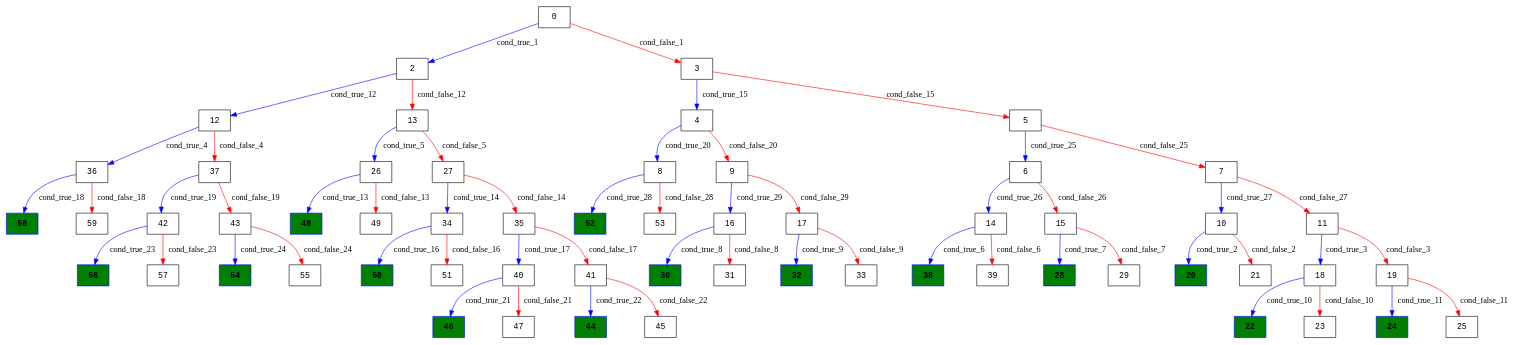
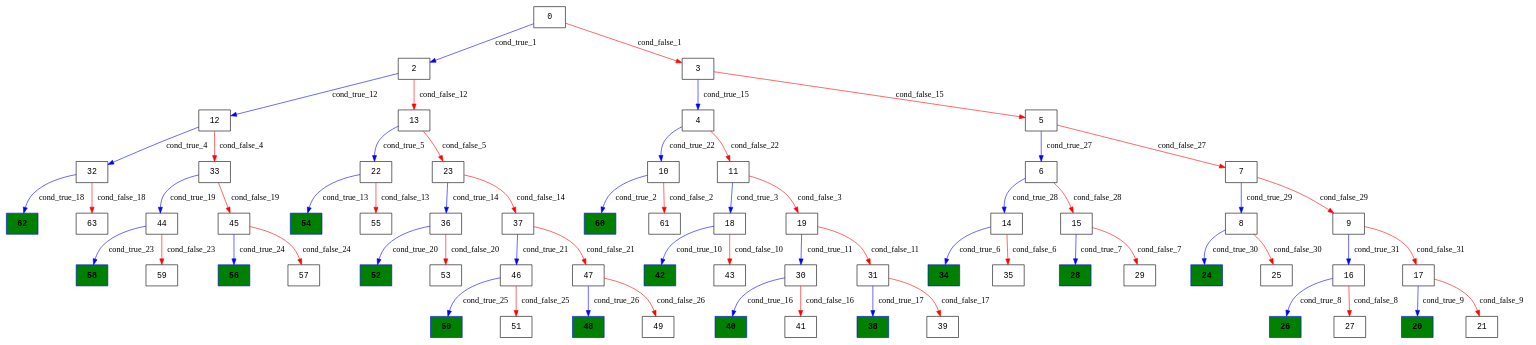
Before and after one commit to Research-Tools-PAVT/PSE-Program-Examples: the diagram in klee_results/monotone_binary_int_all_processed/monotone_binary_int_all_execution_tree.dot, drawn with Graphviz. The commit also changed 324 other files, not shown here.

```diff
--- a/klee_results/monotone_binary_int_all_processed/monotone_binary_int_all_execution_tree.dot
+++ b/klee_results/monotone_binary_int_all_processed/monotone_binary_int_all_execution_tree.dot
@@ -1,76 +1,81 @@
 digraph ExecutionTree {
 	node [color=black fontname=Courier height=.5 shape=record]
+	62 [color=blue, fillcolor=green, style=filled, fontcolor=black, fontname="Courier-Bold"]
+	60 [color=blue, fillcolor=green, style=filled, fontcolor=black, fontname="Courier-Bold"]
 	58 [color=blue, fillcolor=green, style=filled, fontcolor=black, fontname="Courier-Bold"]
 	56 [color=blue, fillcolor=green, style=filled, fontcolor=black, fontname="Courier-Bold"]
 	54 [color=blue, fillcolor=green, style=filled, fontcolor=black, fontname="Courier-Bold"]
 	52 [color=blue, fillcolor=green, style=filled, fontcolor=black, fontname="Courier-Bold"]
 	50 [color=blue, fillcolor=green, style=filled, fontcolor=black, fontname="Courier-Bold"]
 	48 [color=blue, fillcolor=green, style=filled, fontcolor=black, fontname="Courier-Bold"]
-	46 [color=blue, fillcolor=green, style=filled, fontcolor=black, fontname="Courier-Bold"]
-	44 [color=blue, fillcolor=green, style=filled, fontcolor=black, fontname="Courier-Bold"]
+	42 [color=blue, fillcolor=green, style=filled, fontcolor=black, fontname="Courier-Bold"]
+	40 [color=blue, fillcolor=green, style=filled, fontcolor=black, fontname="Courier-Bold"]
 	38 [color=blue, fillcolor=green, style=filled, fontcolor=black, fontname="Courier-Bold"]
-	32 [color=blue, fillcolor=green, style=filled, fontcolor=black, fontname="Courier-Bold"]
-	30 [color=blue, fillcolor=green, style=filled, fontcolor=black, fontname="Courier-Bold"]
+	34 [color=blue, fillcolor=green, style=filled, fontcolor=black, fontname="Courier-Bold"]
 	28 [color=blue, fillcolor=green, style=filled, fontcolor=black, fontname="Courier-Bold"]
+	26 [color=blue, fillcolor=green, style=filled, fontcolor=black, fontname="Courier-Bold"]
 	24 [color=blue, fillcolor=green, style=filled, fontcolor=black, fontname="Courier-Bold"]
-	22 [color=blue, fillcolor=green, style=filled, fontcolor=black, fontname="Courier-Bold"]
 	20 [color=blue, fillcolor=green, style=filled, fontcolor=black, fontname="Courier-Bold"]
 	0 -> 2 [label=cond_true_1 color=blue]
 	0 -> 3 [label=cond_false_1 color=red]
 	2 -> 12 [label=cond_true_12 color=blue]
 	2 -> 13 [label=cond_false_12 color=red]
 	3 -> 4 [label=cond_true_15 color=blue]
 	3 -> 5 [label=cond_false_15 color=red]
-	10 -> 20 [label=cond_true_2 color=blue]
-	10 -> 21 [label=cond_false_2 color=red]
+	10 -> 60 [label=cond_true_2 color=blue]
+	10 -> 61 [label=cond_false_2 color=red]
 	11 -> 18 [label=cond_true_3 color=blue]
 	11 -> 19 [label=cond_false_3 color=red]
-	18 -> 22 [label=cond_true_10 color=blue]
-	18 -> 23 [label=cond_false_10 color=red]
-	19 -> 24 [label=cond_true_11 color=blue]
-	19 -> 25 [label=cond_false_11 color=red]
-	12 -> 36 [label=cond_true_4 color=blue]
-	12 -> 37 [label=cond_false_4 color=red]
-	36 -> 58 [label=cond_true_18 color=blue]
-	36 -> 59 [label=cond_false_18 color=red]
-	37 -> 42 [label=cond_true_19 color=blue]
-	37 -> 43 [label=cond_false_19 color=red]
-	13 -> 26 [label=cond_true_5 color=blue]
-	13 -> 27 [label=cond_false_5 color=red]
-	26 -> 48 [label=cond_true_13 color=blue]
-	26 -> 49 [label=cond_false_13 color=red]
-	27 -> 34 [label=cond_true_14 color=blue]
-	27 -> 35 [label=cond_false_14 color=red]
-	14 -> 38 [label=cond_true_6 color=blue]
-	14 -> 39 [label=cond_false_6 color=red]
+	18 -> 42 [label=cond_true_10 color=blue]
+	18 -> 43 [label=cond_false_10 color=red]
+	19 -> 30 [label=cond_true_11 color=blue]
+	19 -> 31 [label=cond_false_11 color=red]
+	12 -> 32 [label=cond_true_4 color=blue]
+	12 -> 33 [label=cond_false_4 color=red]
+	32 -> 62 [label=cond_true_18 color=blue]
+	32 -> 63 [label=cond_false_18 color=red]
+	33 -> 44 [label=cond_true_19 color=blue]
+	33 -> 45 [label=cond_false_19 color=red]
+	13 -> 22 [label=cond_true_5 color=blue]
+	13 -> 23 [label=cond_false_5 color=red]
+	22 -> 54 [label=cond_true_13 color=blue]
+	22 -> 55 [label=cond_false_13 color=red]
+	23 -> 36 [label=cond_true_14 color=blue]
+	23 -> 37 [label=cond_false_14 color=red]
+	14 -> 34 [label=cond_true_6 color=blue]
+	14 -> 35 [label=cond_false_6 color=red]
 	15 -> 28 [label=cond_true_7 color=blue]
 	15 -> 29 [label=cond_false_7 color=red]
-	16 -> 30 [label=cond_true_8 color=blue]
-	16 -> 31 [label=cond_false_8 color=red]
-	17 -> 32 [label=cond_true_9 color=blue]
-	17 -> 33 [label=cond_false_9 color=red]
-	34 -> 50 [label=cond_true_16 color=blue]
-	34 -> 51 [label=cond_false_16 color=red]
-	35 -> 40 [label=cond_true_17 color=blue]
-	35 -> 41 [label=cond_false_17 color=red]
-	4 -> 8 [label=cond_true_20 color=blue]
-	4 -> 9 [label=cond_false_20 color=red]
-	5 -> 6 [label=cond_true_25 color=blue]
-	5 -> 7 [label=cond_false_25 color=red]
-	40 -> 46 [label=cond_true_21 color=blue]
-	40 -> 47 [label=cond_false_21 color=red]
-	41 -> 44 [label=cond_true_22 color=blue]
-	41 -> 45 [label=cond_false_22 color=red]
-	42 -> 56 [label=cond_true_23 color=blue]
-	42 -> 57 [label=cond_false_23 color=red]
-	43 -> 54 [label=cond_true_24 color=blue]
-	43 -> 55 [label=cond_false_24 color=red]
-	8 -> 52 [label=cond_true_28 color=blue]
-	8 -> 53 [label=cond_false_28 color=red]
-	9 -> 16 [label=cond_true_29 color=blue]
-	9 -> 17 [label=cond_false_29 color=red]
-	6 -> 14 [label=cond_true_26 color=blue]
-	6 -> 15 [label=cond_false_26 color=red]
-	7 -> 10 [label=cond_true_27 color=blue]
-	7 -> 11 [label=cond_false_27 color=red]
+	16 -> 26 [label=cond_true_8 color=blue]
+	16 -> 27 [label=cond_false_8 color=red]
+	17 -> 20 [label=cond_true_9 color=blue]
+	17 -> 21 [label=cond_false_9 color=red]
+	30 -> 40 [label=cond_true_16 color=blue]
+	30 -> 41 [label=cond_false_16 color=red]
+	31 -> 38 [label=cond_true_17 color=blue]
+	31 -> 39 [label=cond_false_17 color=red]
+	36 -> 52 [label=cond_true_20 color=blue]
+	36 -> 53 [label=cond_false_20 color=red]
+	37 -> 46 [label=cond_true_21 color=blue]
+	37 -> 47 [label=cond_false_21 color=red]
+	4 -> 10 [label=cond_true_22 color=blue]
+	4 -> 11 [label=cond_false_22 color=red]
+	5 -> 6 [label=cond_true_27 color=blue]
+	5 -> 7 [label=cond_false_27 color=red]
+	44 -> 58 [label=cond_true_23 color=blue]
+	44 -> 59 [label=cond_false_23 color=red]
+	45 -> 56 [label=cond_true_24 color=blue]
+	45 -> 57 [label=cond_false_24 color=red]
+	46 -> 50 [label=cond_true_25 color=blue]
+	46 -> 51 [label=cond_false_25 color=red]
+	47 -> 48 [label=cond_true_26 color=blue]
+	47 -> 49 [label=cond_false_26 color=red]
+	6 -> 14 [label=cond_true_28 color=blue]
+	6 -> 15 [label=cond_false_28 color=red]
+	7 -> 8 [label=cond_true_29 color=blue]
+	7 -> 9 [label=cond_false_29 color=red]
+	8 -> 24 [label=cond_true_30 color=blue]
+	8 -> 25 [label=cond_false_30 color=red]
+	9 -> 16 [label=cond_true_31 color=blue]
+	9 -> 17 [label=cond_false_31 color=red]
 }
```
